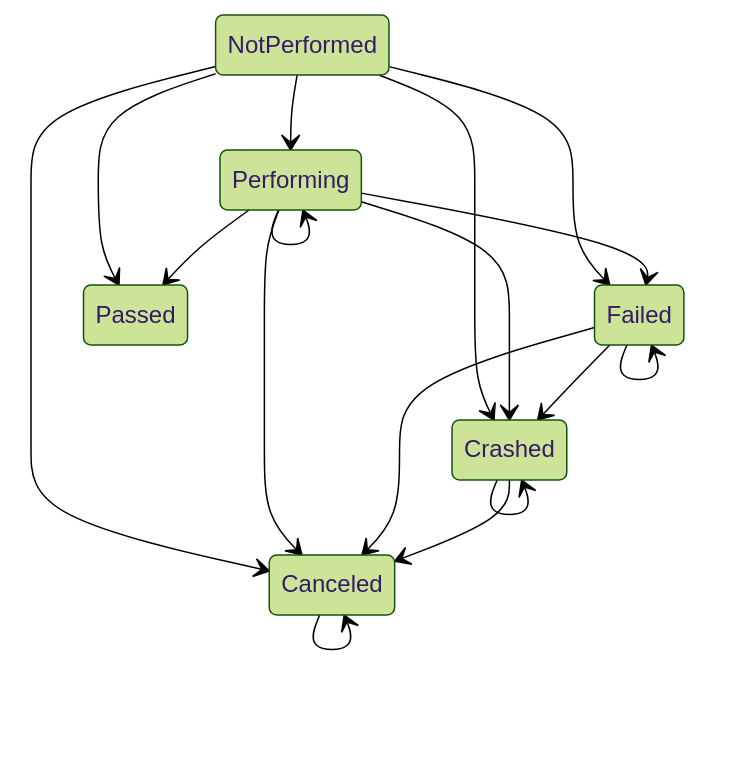
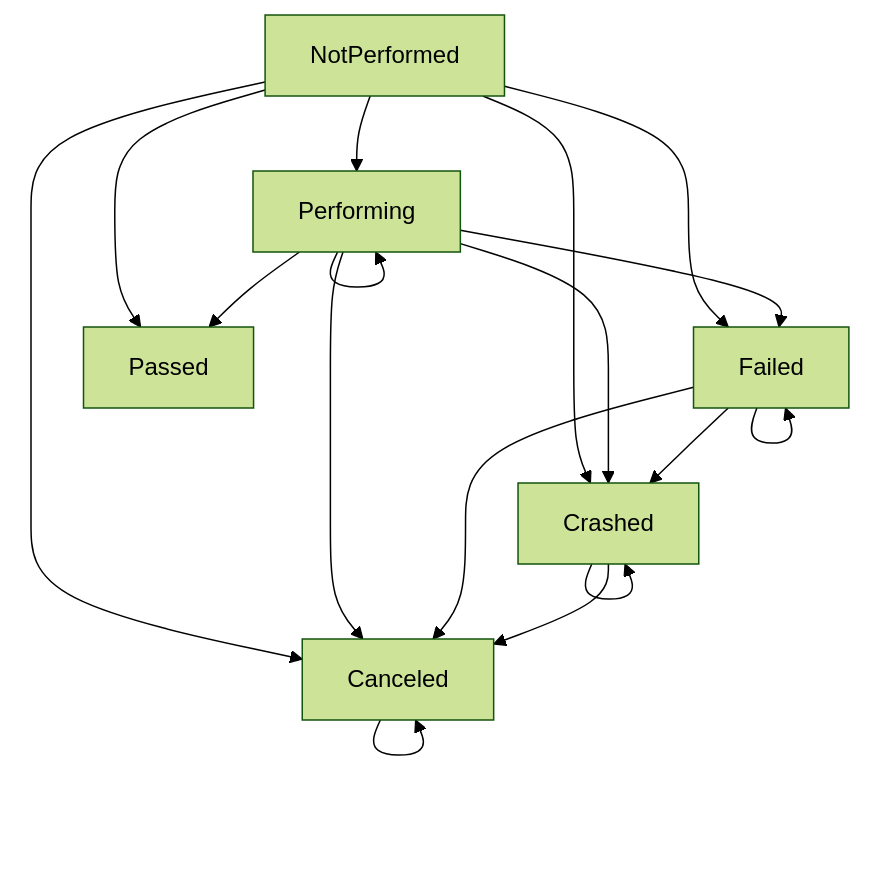
One commit to harpyd/thestis changed the fourth of 4 diagrams in README.md. Above: the diagram before and after it, drawn with Mermaid (forest theme).

Commit message:
Change LR to TD flowchart in README

````diff
--- a/README.md
+++ b/README.md
@@ -151,23 +151,23 @@
 ```mermaid
-stateDiagram-v2
+flowchart TD
     Canceled --> Canceled
 
     Crashed --> Crashed
     Crashed --> Canceled
 
     Failed --> Failed
     Failed --> Crashed
     Failed --> Canceled
 
     Performing --> Performing
     Performing --> Passed
     Performing --> Failed
     Performing --> Crashed
     Performing --> Canceled
 
     NotPerformed --> Performing
     NotPerformed --> Passed
     NotPerformed --> Failed
     NotPerformed --> Crashed
     NotPerformed --> Canceled
 ```
````
